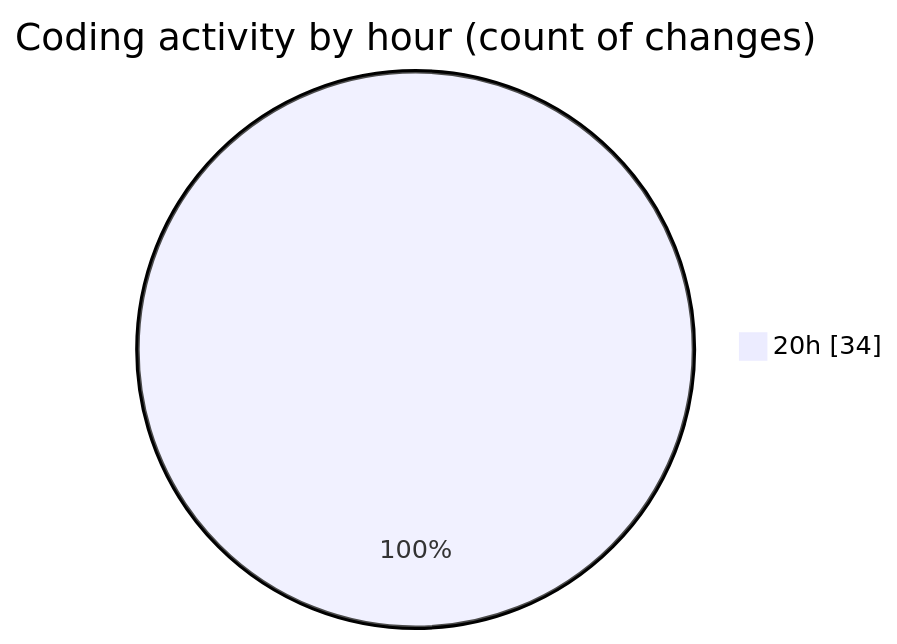
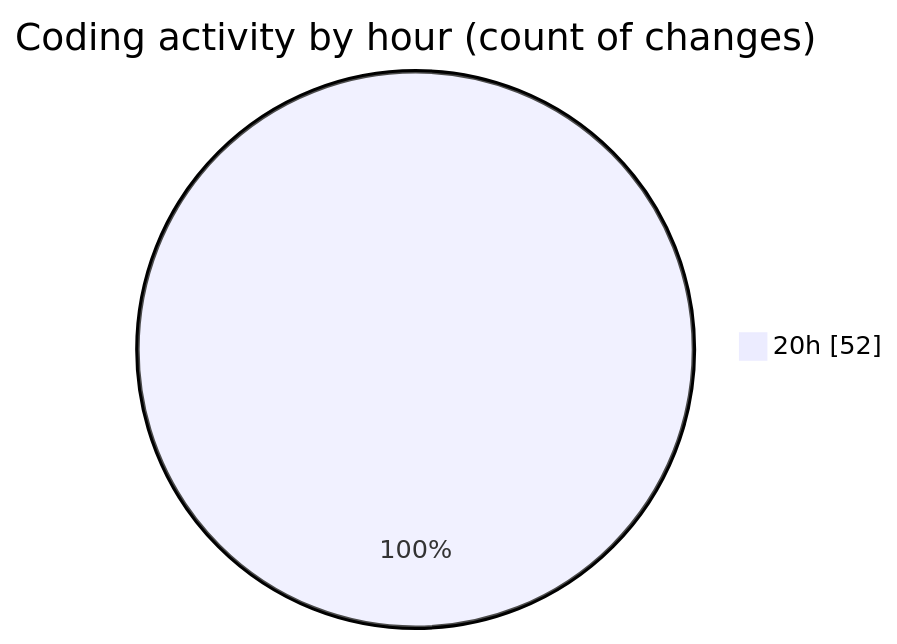
The second of 2 diagrams in 2025-09-01/20m/README.md (lephambinh05/code-tracking), drawn with Mermaid before and after one commit. The commit also changed other lines of this file and 1 other file, not shown here.

````diff
--- a/2025-09-01/20m/README.md
+++ b/2025-09-01/20m/README.md
@@ -47,5 +56,5 @@
 ```mermaid
 pie showData
 title Coding activity by hour (count of changes)
-"20h" : 34
+"20h" : 52
 ```
````
